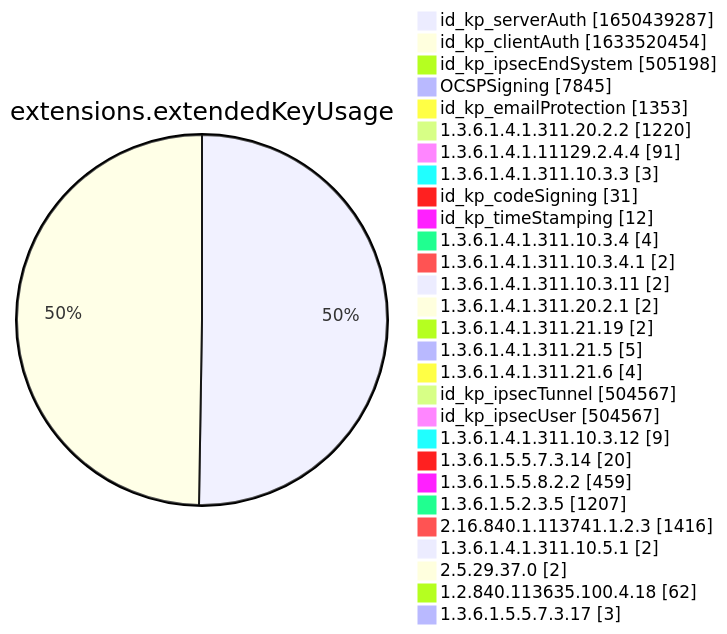
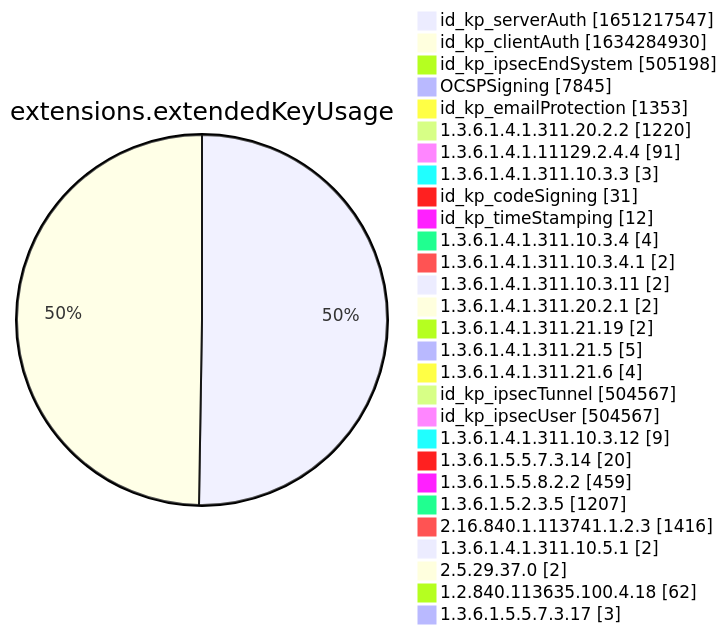
One commit to christiankrug/ctmonitor_visualization changed diagram 12 of 15 in xenon2022/README.md. Above: the diagram before and after it, drawn with Mermaid. The commit also changed other lines of this file, not shown here.

````diff
--- a/xenon2022/README.md
+++ b/xenon2022/README.md
@@ -3886,32 +3886,32 @@
 ```mermaid
 pie showData
 title extensions.extendedKeyUsage
-"id_kp_serverAuth" :1650439287
-"id_kp_clientAuth" :1633520454
+"id_kp_serverAuth" :1651217547
+"id_kp_clientAuth" :1634284930
 "id_kp_ipsecEndSystem" :505198
 "OCSPSigning" :7845
 "id_kp_emailProtection" :1353
 "1.3.6.1.4.1.311.20.2.2" :1220
 "1.3.6.1.4.1.11129.2.4.4" :91
 "1.3.6.1.4.1.311.10.3.3" :3
 "id_kp_codeSigning" :31
 "id_kp_timeStamping" :12
 "1.3.6.1.4.1.311.10.3.4" :4
 "1.3.6.1.4.1.311.10.3.4.1" :2
 "1.3.6.1.4.1.311.10.3.11" :2
 "1.3.6.1.4.1.311.20.2.1" :2
 "1.3.6.1.4.1.311.21.19" :2
 "1.3.6.1.4.1.311.21.5" :5
 "1.3.6.1.4.1.311.21.6" :4
 "id_kp_ipsecTunnel" :504567
 "id_kp_ipsecUser" :504567
 "1.3.6.1.4.1.311.10.3.12" :9
 "1.3.6.1.5.5.7.3.14" :20
 "1.3.6.1.5.5.8.2.2" :459
 "1.3.6.1.5.2.3.5" :1207
 "2.16.840.1.113741.1.2.3" :1416
 "1.3.6.1.4.1.311.10.5.1" :2
 "2.5.29.37.0" :2
 "1.2.840.113635.100.4.18" :62
 "1.3.6.1.5.5.7.3.17" :3
 ```
````
